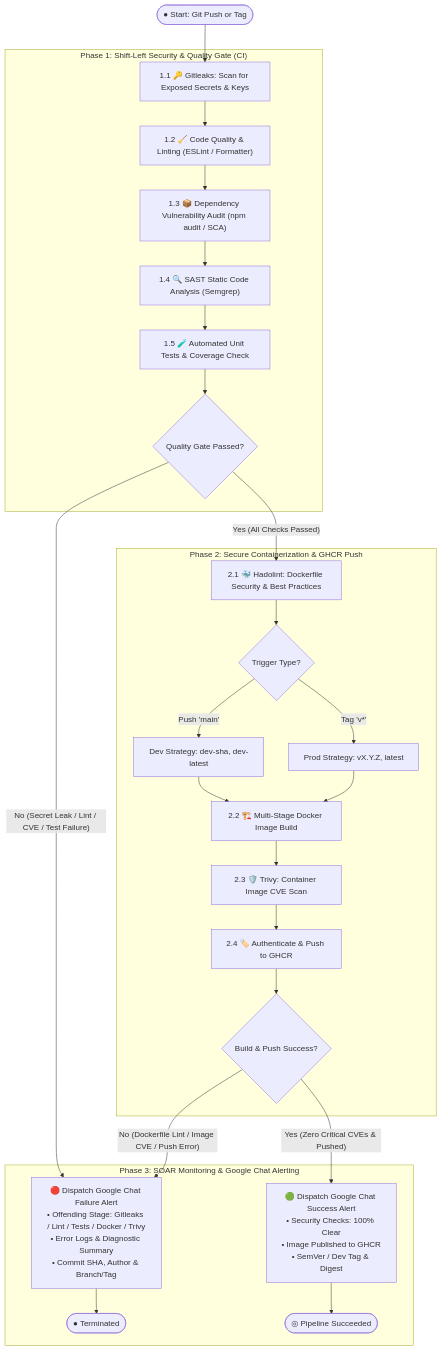
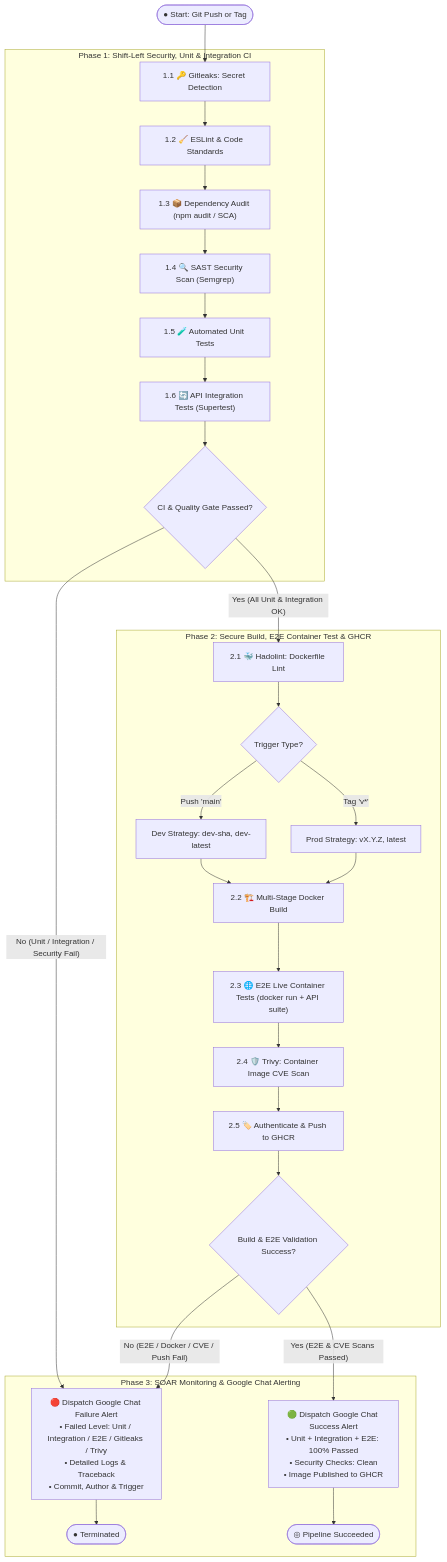
Before and after one commit to konstantine-garozashvili/ci-cd-kube: the diagram in README.md, drawn with Mermaid. The commit also changed other lines of this file and 2 other files, not shown here.

Commit message:
docs(arch): integrate complete 3-tier testing pyramid (Unit, Integration, E2E)

````diff
--- a/README.md
+++ b/README.md
@@ -22,38 +23,40 @@
 ```mermaid
 flowchart TD
     StartNode(["● Start: Git Push or Tag"]) --> SecretGate
 
-    subgraph PHASE1 ["Phase 1: Shift-Left Security & Quality Gate (CI)"]
-        SecretGate["1.1 🔑 Gitleaks: Scan for Exposed Secrets & Keys"]
-        SecretGate --> Lint["1.2 🧹 Code Quality & Linting (ESLint / Formatter)"]
-        Lint --> DepAudit["1.3 📦 Dependency Vulnerability Audit (npm audit / SCA)"]
-        DepAudit --> SAST["1.4 🔍 SAST Static Code Analysis (Semgrep)"]
-        SAST --> UnitTests["1.5 🧪 Automated Unit Tests & Coverage Check"]
-        UnitTests --> Phase1Dec{"Quality Gate Passed?"}
+    subgraph PHASE1 ["Phase 1: Shift-Left Security, Unit & Integration CI"]
+        SecretGate["1.1 🔑 Gitleaks: Secret Detection"]
+        SecretGate --> Lint["1.2 🧹 ESLint & Code Standards"]
+        Lint --> DepAudit["1.3 📦 Dependency Audit (npm audit / SCA)"]
+        DepAudit --> SAST["1.4 🔍 SAST Security Scan (Semgrep)"]
+        SAST --> UnitTests["1.5 🧪 Automated Unit Tests"]
+        UnitTests --> IntegrationTests["1.6 🔄 API Integration Tests (Supertest)"]
+        IntegrationTests --> Phase1Dec{"CI & Quality Gate Passed?"}
     end
 
-    subgraph PHASE2 ["Phase 2: Secure Containerization & GHCR Push"]
-        Hadolint["2.1 🐳 Hadolint: Dockerfile Security & Best Practices"]
+    subgraph PHASE2 ["Phase 2: Secure Build, E2E Container Test & GHCR"]
+        Hadolint["2.1 🐳 Hadolint: Dockerfile Lint"]
         Hadolint --> CheckTrigger{"Trigger Type?"}
         CheckTrigger -->|"Push 'main'"| DevTag["Dev Strategy: dev-sha, dev-latest"]
         CheckTrigger -->|"Tag 'v*'"| ProdTag["Prod Strategy: vX.Y.Z, latest"]
-        DevTag --> DockerBuild["2.2 🏗️ Multi-Stage Docker Image Build"]
+        DevTag --> DockerBuild["2.2 🏗️ Multi-Stage Docker Build"]
         ProdTag --> DockerBuild
-        DockerBuild --> TrivyScan["2.3 🛡️ Trivy: Container Image CVE Scan"]
-        TrivyScan --> PushGHCR["2.4 🏷️ Authenticate & Push to GHCR"]
-        PushGHCR --> Phase2Dec{"Build & Push Success?"}
+        DockerBuild --> E2ETests["2.3 🌐 E2E Live Container Tests (docker run + API suite)"]
+        E2ETests --> TrivyScan["2.4 🛡️ Trivy: Container Image CVE Scan"]
+        TrivyScan --> PushGHCR["2.5 🏷️ Authenticate & Push to GHCR"]
+        PushGHCR --> Phase2Dec{"Build & E2E Validation Success?"}
     end
 
     subgraph PHASE3 ["Phase 3: SOAR Monitoring & Google Chat Alerting"]
-        FailAlert["🔴 Dispatch Google Chat Failure Alert<br/>• Offending Stage: Gitleaks / Lint / Tests / Docker / Trivy<br/>• Error Logs & Diagnostic Summary<br/>• Commit SHA, Author & Branch/Tag"] --> TermFail(["● Terminated"])
-        SuccAlert["🟢 Dispatch Google Chat Success Alert<br/>• Security Checks: 100% Clear<br/>• Image Published to GHCR<br/>• SemVer / Dev Tag & Digest"] --> TermSucc(["◎ Pipeline Succeeded"])
+        FailAlert["🔴 Dispatch Google Chat Failure Alert<br/>• Failed Level: Unit / Integration / E2E / Gitleaks / Trivy<br/>• Detailed Logs & Traceback<br/>• Commit, Author & Trigger"] --> TermFail(["● Terminated"])
+        SuccAlert["🟢 Dispatch Google Chat Success Alert<br/>• Unit + Integration + E2E: 100% Passed<br/>• Security Checks: Clean<br/>• Image Published to GHCR"] --> TermSucc(["◎ Pipeline Succeeded"])
     end
 
     %% Success Transitions
-    Phase1Dec -->|"Yes (All Checks Passed)"| Hadolint
-    Phase2Dec -->|"Yes (Zero Critical CVEs & Pushed)"| SuccAlert
+    Phase1Dec -->|"Yes (All Unit & Integration OK)"| Hadolint
+    Phase2Dec -->|"Yes (E2E & CVE Scans Passed)"| SuccAlert
 
-    %% Fail-Fast Transitions (Immediate Alert & Terminate)
-    Phase1Dec -->|"No (Secret Leak / Lint / CVE / Test Failure)"| FailAlert
-    Phase2Dec -->|"No (Dockerfile Lint / Image CVE / Push Error)"| FailAlert
+    %% Fail-Fast Transitions
+    Phase1Dec -->|"No (Unit / Integration / Security Fail)"| FailAlert
+    Phase2Dec -->|"No (E2E / Docker / CVE / Push Fail)"| FailAlert
 ```
````
